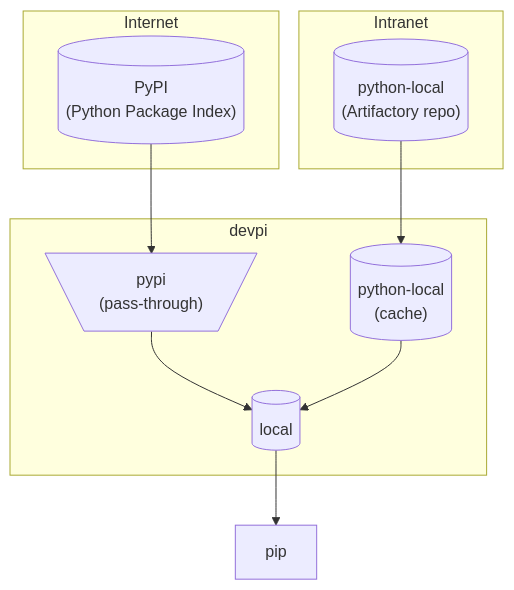
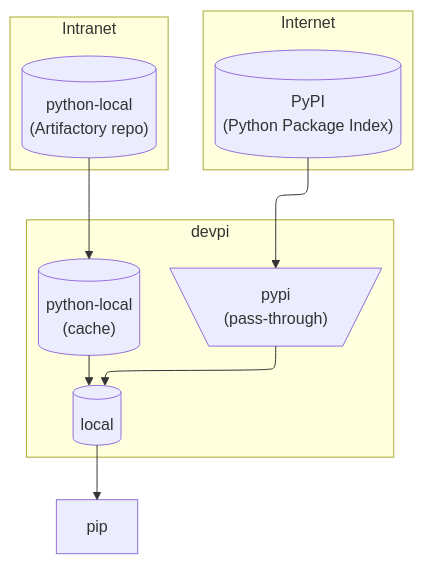
One commit to manselmi/notes changed the diagram in docs/devpi.md. Above: the diagram before and after it, drawn with Mermaid. The commit also changed 2 other files, not shown here.

Commit message:
Mermaid: enable ELK layout engine

````diff
--- a/docs/devpi.md
+++ b/docs/devpi.md
@@ -19,24 +19,29 @@
 ``` mermaid
+---
+config:
+  layout: elk
+---
+
 flowchart TB
 
   subgraph internet ["Internet"]
     pypi-pub[("PyPI<br>(Python Package Index)")]
   end
 
   subgraph intranet ["Intranet"]
     internal-art[("python-local<br>(Artifactory repo)")]
   end
 
   subgraph devpi ["devpi"]
     pypi-devpi[\"pypi<br>(pass-through)"/]
     internal-devpi[("python-local<br>(cache)")]
     local[("local")]
 
     pypi-devpi & internal-devpi --> local
   end
 
   pypi-pub --> pypi-devpi
   internal-art --> internal-devpi
 
   local --> pip
 ```
````
